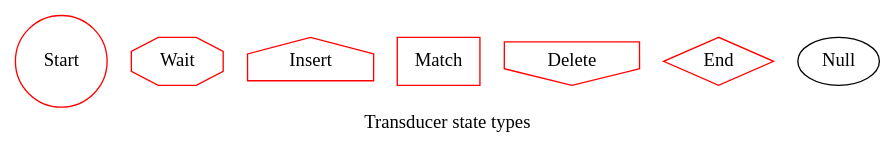
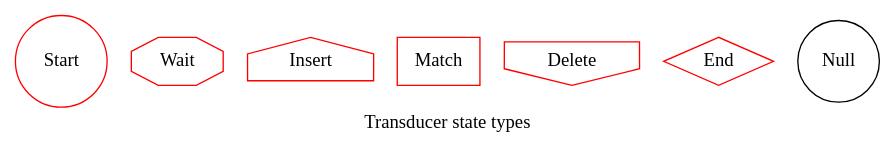
One commit to ihh/transducer-tutorial changed the diagram in legend.dot. Above: the diagram before and after it, drawn with Graphviz. The commit also changed 7 other files, not shown here.

```diff
--- a/legend.dot
+++ b/legend.dot
@@ -1,16 +1,16 @@
 digraph G {
 
     Start [shape=circle, color=red];
 
     Wait [shape=octagon, color=red];
 
     Insert [shape=house, color=red];
     Match [shape=rect, color=red];
     Delete [shape=invhouse, color=red];
 
     End [shape=diamond, color=red];
 
-    Null;
+    Null [shape=circle];
 
     label="Transducer state types";
 }
```
